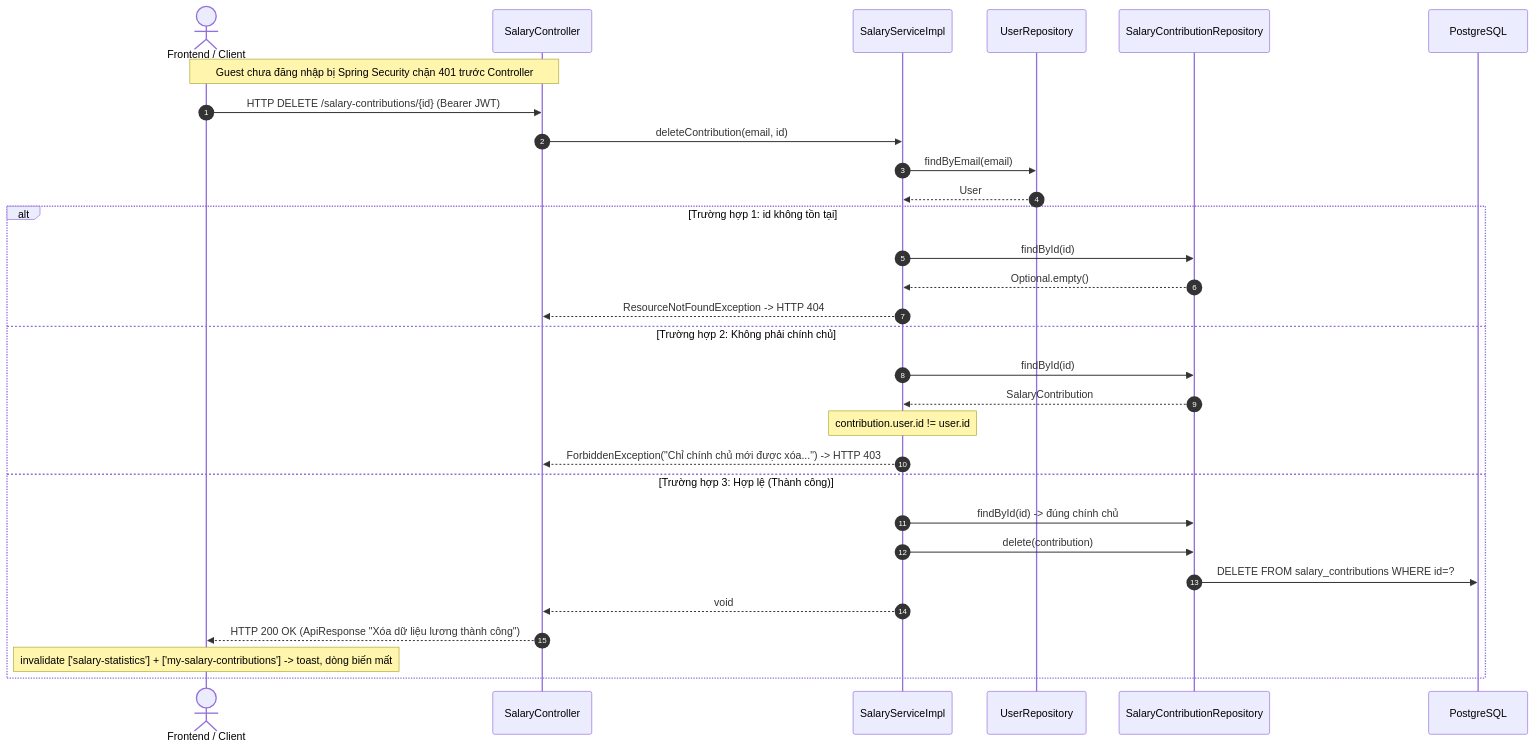
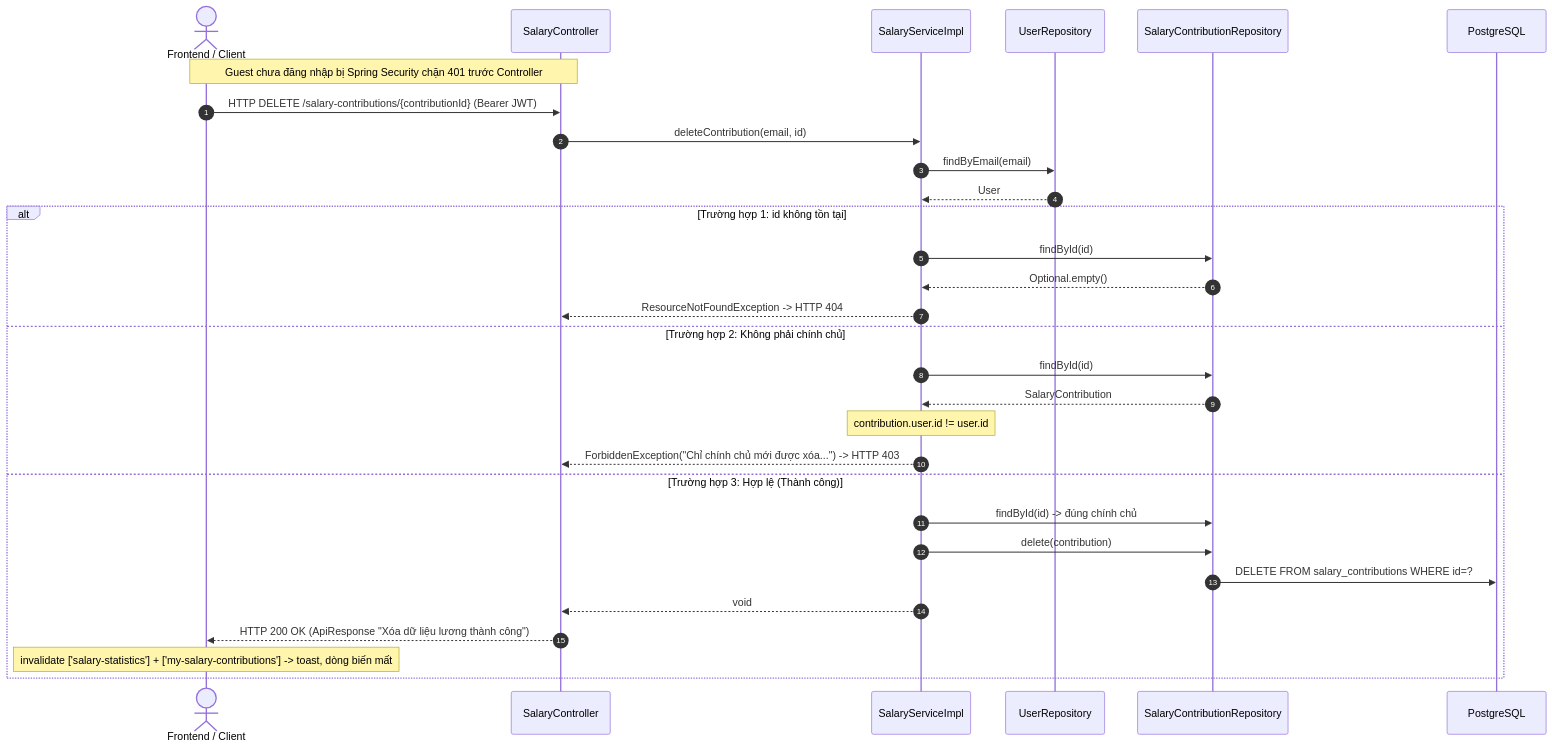
The third of 3 diagrams in docs/update_SRS/SRS_UC_UC52_DeleteSalaryContribution.md (Alumnect/Alumnect), drawn with Mermaid before and after one commit. The commit also changed other lines of this file and 83 other files, not shown here.

````diff
--- a/docs/update_SRS/SRS_UC_UC52_DeleteSalaryContribution.md
+++ b/docs/update_SRS/SRS_UC_UC52_DeleteSalaryContribution.md
@@ -178,34 +178,34 @@
 ```mermaid
 sequenceDiagram
     autonumber
     actor Client as Frontend / Client
     participant Ctrl as SalaryController
     participant Service as SalaryServiceImpl
     participant UserRepo as UserRepository
     participant SRepo as SalaryContributionRepository
     participant DB as PostgreSQL
 
     Note over Client, Ctrl: Guest chưa đăng nhập bị Spring Security chặn 401 trước Controller
-    Client->>Ctrl: HTTP DELETE /salary-contributions/{id} (Bearer JWT)
+    Client->>Ctrl: HTTP DELETE /salary-contributions/{contributionId} (Bearer JWT)
     Ctrl->>Service: deleteContribution(email, id)
     Service->>UserRepo: findByEmail(email)
     UserRepo-->>Service: User
 
     alt Trường hợp 1: id không tồn tại
         Service->>SRepo: findById(id)
         SRepo-->>Service: Optional.empty()
         Service-->>Ctrl: ResourceNotFoundException -> HTTP 404
     else Trường hợp 2: Không phải chính chủ
         Service->>SRepo: findById(id)
         SRepo-->>Service: SalaryContribution
         Note over Service: contribution.user.id != user.id
         Service-->>Ctrl: ForbiddenException("Chỉ chính chủ mới được xóa...") -> HTTP 403
     else Trường hợp 3: Hợp lệ (Thành công)
         Service->>SRepo: findById(id) -> đúng chính chủ
         Service->>SRepo: delete(contribution)
         SRepo->>DB: DELETE FROM salary_contributions WHERE id=?
         Service-->>Ctrl: void
         Ctrl-->>Client: HTTP 200 OK (ApiResponse "Xóa dữ liệu lương thành công")
         Note over Client: invalidate ['salary-statistics'] + ['my-salary-contributions'] -> toast, dòng biến mất
     end
 ```
````
